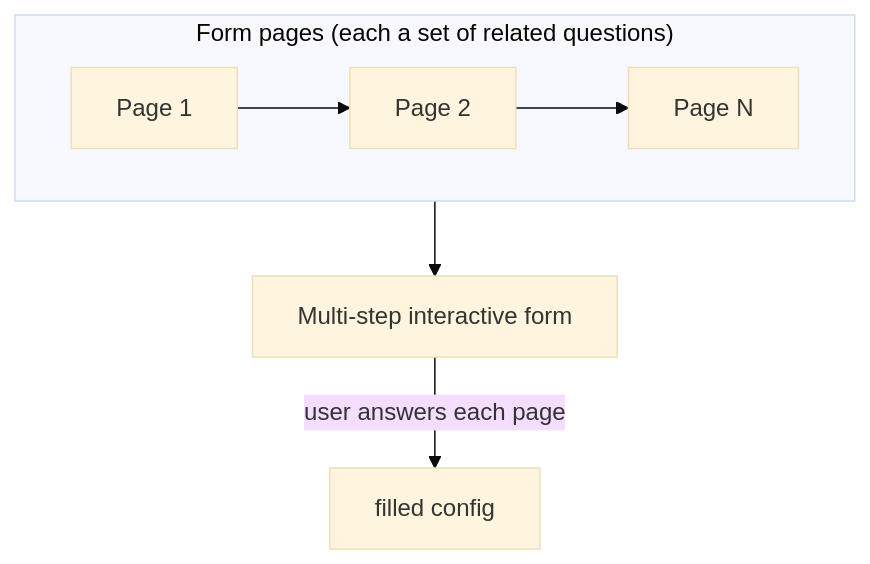
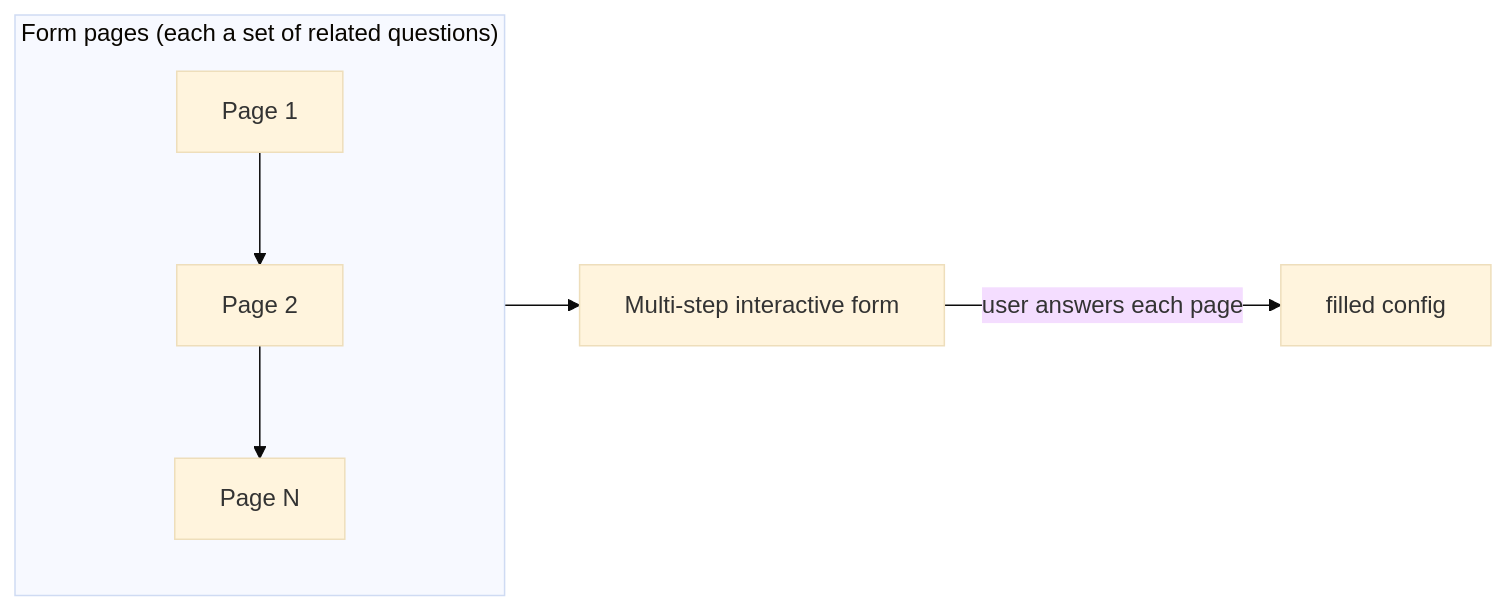
One commit to kickr-dev/engine changed the first of 2 diagrams in README.md. Above: the diagram before and after it, drawn with Mermaid (base theme). The commit also changed other lines of this file, not shown here.

Commit message:
docs(readme): adjust conjugation and mermaid direction

````diff
--- a/README.md
+++ b/README.md
@@ -40,10 +40,10 @@
 ```mermaid
-flowchart TB
+flowchart LR
     subgraph Groups["Form pages (each a set of related questions)"]
-        direction LR
+        direction TB
         G1["Page 1"] --> G2["Page 2"] --> Gn["Page N"]
     end
 
     Groups --> F["Multi-step interactive form"]
     F -->|"user answers each page"| C["filled config"]
 ```
````
